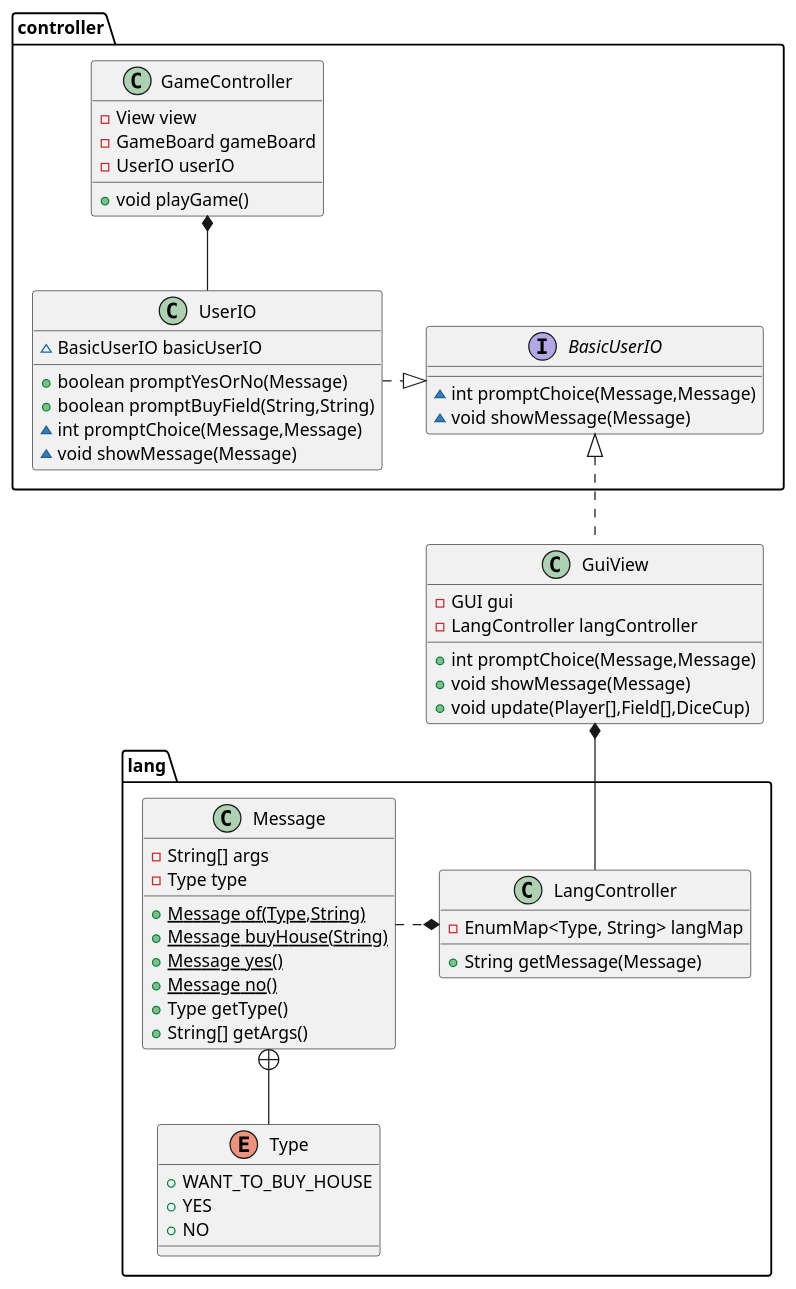
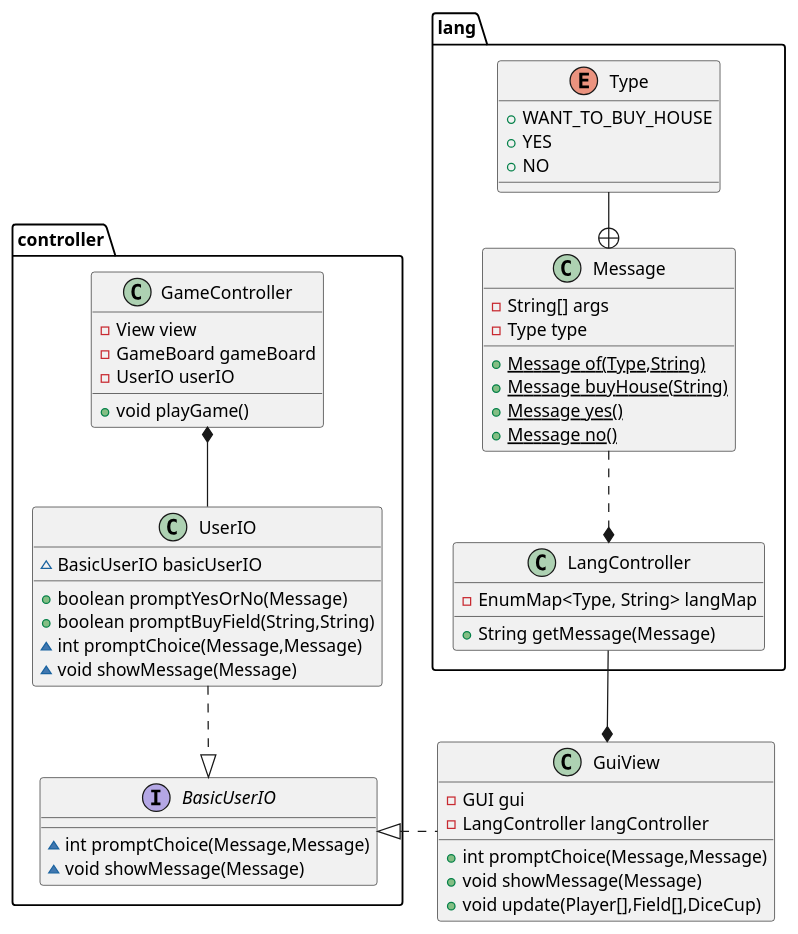
One commit to xdTobs/_22_del3 changed the diagram in adaptorLanguage.puml. Above: the diagram before and after it, drawn with PlantUML.

Commit message:
ok diagram

```diff
--- a/adaptorLanguage.puml
+++ b/adaptorLanguage.puml
@@ -1,79 +1,75 @@
 @startuml
-skinparam linetype ortho
+'skinparam linetype ortho
+'skinparam linetype polyline
+'left to right direction
+'top to bottom direction
+
+skinparam nodesep 45
+skinparam ranksep 45
 
 
 class GuiView {
     - GUI gui
     - LangController langController
     + int promptChoice(Message,Message)
     + void showMessage(Message)
     + void update(Player[],Field[],DiceCup)
 }
-
-
-
-'class Main {
-'    + {static} void main(String[])
-'}
-'interface View {
-'    ~ void addPlayersToGui(Player[])
-'    ~ void updateDie(DiceCup)
-'    ~ void updatePlayerBalances(Player[])
-'    ~ void updatePlayerLocations(Player[])
-'    ~ void movePlayerVisually(Player,DiceCup)
-'    ~ void update(Player[],Field[],DiceCup)
-'    ~ void updateHousesAndFields(Field[])
-'}
 
 
 package controller {
     class GameController {
         - View view
         - GameBoard gameBoard
         - UserIO userIO
         + void playGame()
     }
     class UserIO {
         ~ BasicUserIO basicUserIO
         + boolean promptYesOrNo(Message)
         + boolean promptBuyField(String,String)
         ~ int promptChoice(Message,Message)
         ~ void showMessage(Message)
     }
     interface BasicUserIO {
         ~ int promptChoice(Message,Message)
         ~ void showMessage(Message)
     }
 }
 package lang {
     class LangController {
         - EnumMap<Type, String> langMap
         + String getMessage(Message)
     }
     class Message {
         - String[] args
         - Type type
         + {static} Message of(Type,String)
         + {static} Message buyHouse(String)
         + {static} Message yes()
         + {static} Message no()
-        + Type getType()
-        + String[] getArgs()
     }
     enum Type {
         +  WANT_TO_BUY_HOUSE
         +  YES
         +  NO
     }
 }
-'View <|.. GuiView
-'BasicUserIO <|.. GuiView
-GuiView .up.|> BasicUserIO
-GuiView *-- LangController
-UserIO .right.|> BasicUserIO
+'GuiView .up.|> BasicUserIO
+'GuiView *-- LangController
+'UserIO .down.|> BasicUserIO
+'GameController *-right- UserIO
+
+'LangController *.left. Message
+
+'Message +-- Type
+
 GameController *-- UserIO
+UserIO ..|> BasicUserIO
 
-LangController *.left. Message
+GuiView .left.|> BasicUserIO
+LangController-down-* GuiView
 
-Message +-- Type
+LangController *.up. Message
+Message +-up- Type
 @enduml
```
